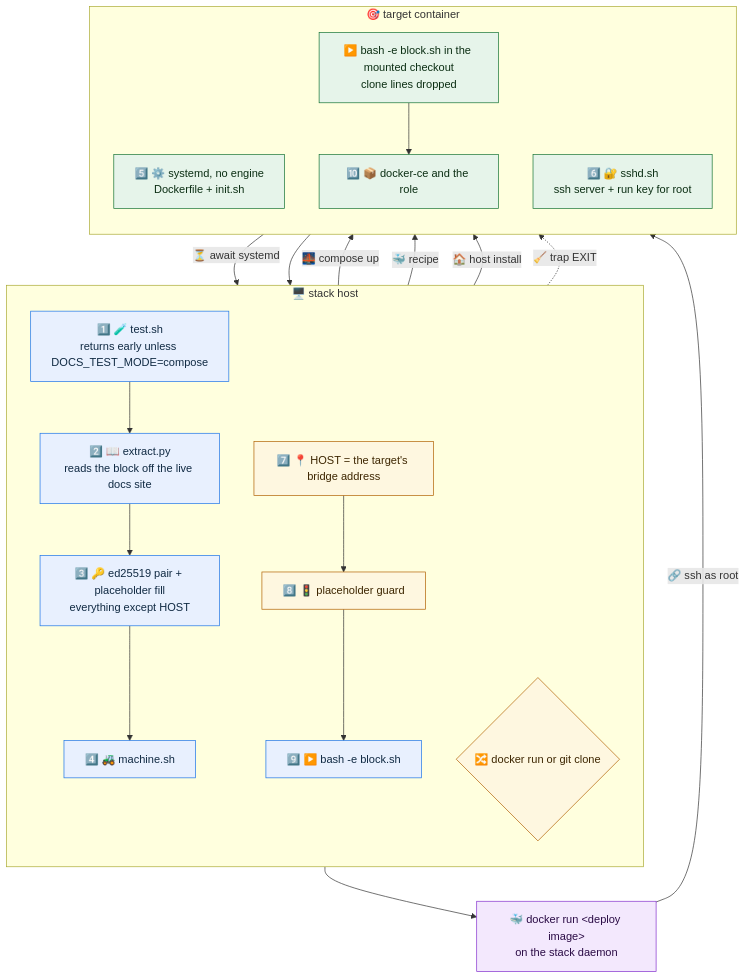
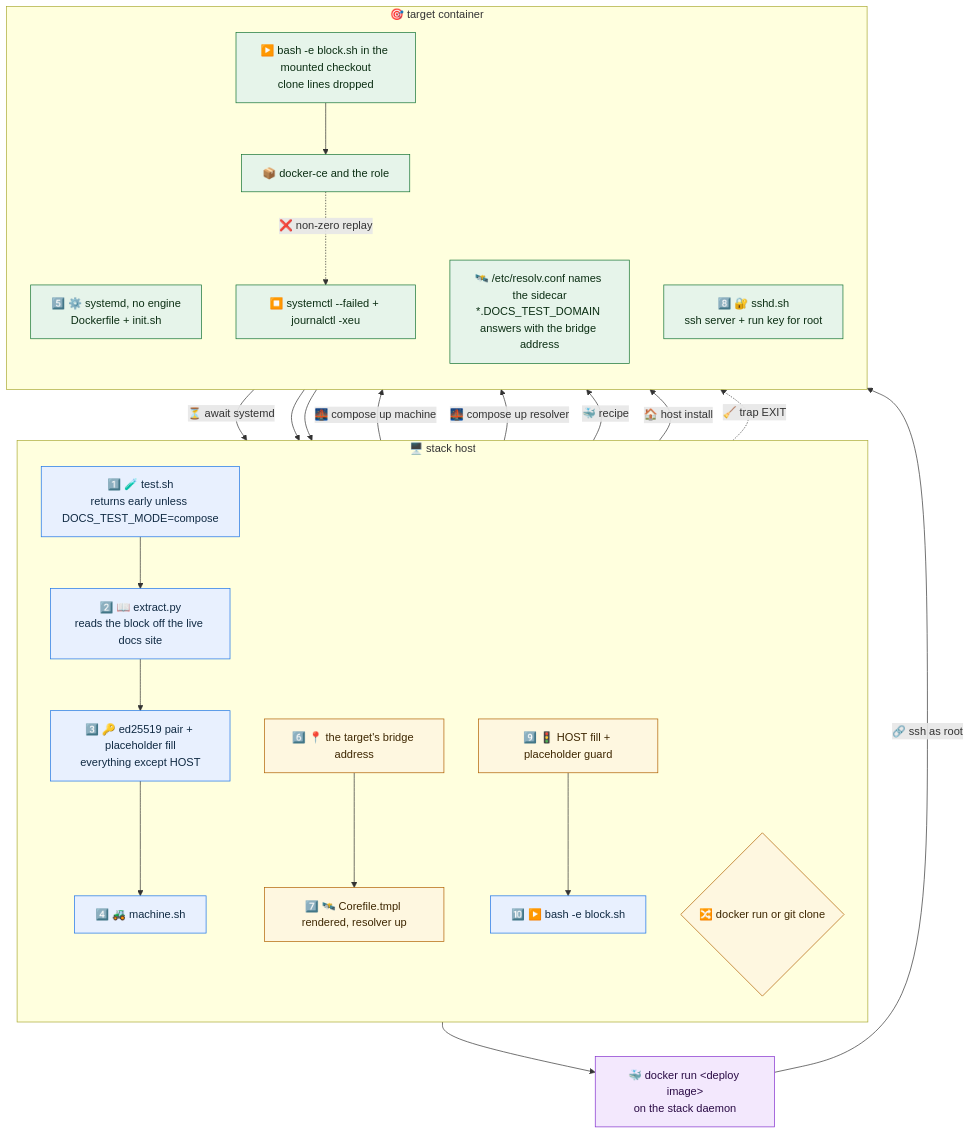
The diagram in roles/web-app-docs/files/test/README.md (infinito-nexus/core), drawn with Mermaid before and after one commit. The commit also changed other lines of this file and 3 other files, not shown here.

````diff
--- a/roles/web-app-docs/files/test/README.md
+++ b/roles/web-app-docs/files/test/README.md
@@ -19,44 +22,51 @@
 ```mermaid
 flowchart TD
     subgraph HOST["🖥️ stack host"]
         direction TB
         TEST["1️⃣ 🧪 test.sh<br>returns early unless DOCS_TEST_MODE=compose"]
         EXTRACT["2️⃣ 📖 extract.py<br>reads the block off the live docs site"]
         FILL["3️⃣ 🔑 ed25519 pair + placeholder fill<br>everything except HOST"]
         MACHINE["4️⃣ 🚜 machine.sh"]
+        ADDR["6️⃣ 📍 the target's bridge address"]
+        DNS["7️⃣ 🛰️ Corefile.tmpl rendered, resolver up"]
         SHAPE{"🔀 docker run or git clone"}
-        ADDR["7️⃣ 📍 HOST = the target's bridge address"]
-        GUARD["8️⃣ 🚦 placeholder guard"]
-        BLOCK["9️⃣ ▶️ bash -e block.sh"]
+        GUARD["9️⃣ 🚦 HOST fill + placeholder guard"]
+        BLOCK["🔟 ▶️ bash -e block.sh"]
     end
 
     subgraph TARGET["🎯 target container"]
         direction TB
         INIT["5️⃣ ⚙️ systemd, no engine<br>Dockerfile + init.sh"]
-        SSHD["6️⃣ 🔐 sshd.sh<br>ssh server + run key for root"]
+        RESOLV["🛰️ /etc/resolv.conf names the sidecar<br>*.DOCS_TEST_DOMAIN answers with the bridge address"]
+        SSHD["8️⃣ 🔐 sshd.sh<br>ssh server + run key for root"]
         HOSTRUN["▶️ bash -e block.sh in the mounted checkout<br>clone lines dropped"]
-        DEPLOYED["🔟 📦 docker-ce and the role"]
+        DEPLOYED["📦 docker-ce and the role"]
+        FAILED["⏹️ systemctl --failed + journalctl -xeu"]
     end
 
     RECIPE["🐳 docker run &lt;deploy image&gt;<br>on the stack daemon"]
 
     TEST --> EXTRACT --> FILL --> MACHINE
-    MACHINE -->|"🌉 compose up"| INIT
-    INIT -->|"⏳ await systemd"| SHAPE
+    MACHINE -->|"🌉 compose up machine"| INIT
+    INIT -->|"⏳ await systemd"| ADDR
+    ADDR --> DNS
+    DNS -->|"🌉 compose up resolver"| RESOLV
+    RESOLV --> SHAPE
     SHAPE -->|"🐳 recipe"| SSHD
     SHAPE -->|"🏠 host install"| HOSTRUN
-    SSHD --> ADDR --> GUARD --> BLOCK
+    SSHD --> GUARD --> BLOCK
     BLOCK --> RECIPE
     RECIPE -->|"🔗 ssh as root"| DEPLOYED
     HOSTRUN --> DEPLOYED
+    DEPLOYED -.->|"❌ non-zero replay"| FAILED
     MACHINE -.->|"🧹 trap EXIT"| TARGET
 
     classDef host fill:#e8f0fe,stroke:#1a73e8,color:#102a43;
     classDef target fill:#e6f4ea,stroke:#137333,color:#0b2e13;
     classDef pivot fill:#fef7e0,stroke:#b06000,color:#3d2600;
     classDef recipe fill:#f3e8fd,stroke:#8430ce,color:#2a0b45;
     class TEST,EXTRACT,FILL,MACHINE,BLOCK host;
-    class INIT,SSHD,HOSTRUN,DEPLOYED target;
-    class SHAPE,ADDR,GUARD pivot;
+    class INIT,RESOLV,SSHD,HOSTRUN,DEPLOYED,FAILED target;
+    class SHAPE,ADDR,DNS,GUARD pivot;
     class RECIPE recipe;
 ```
````
